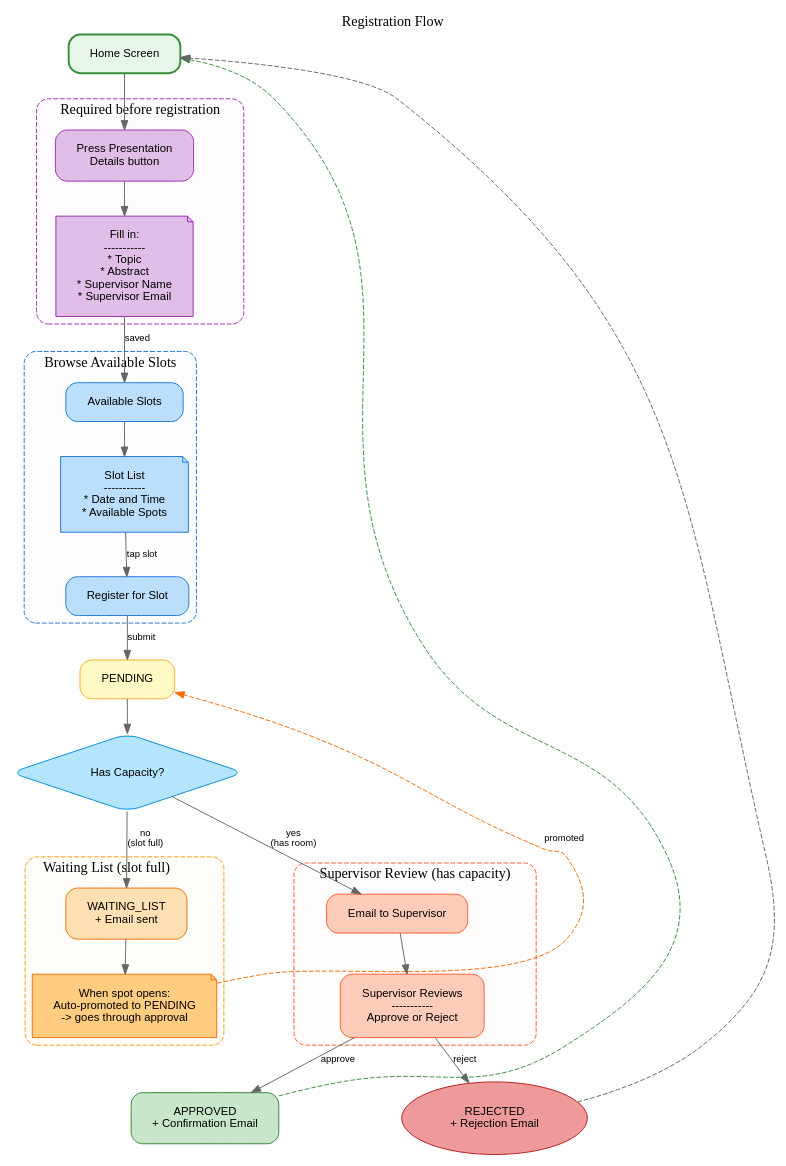
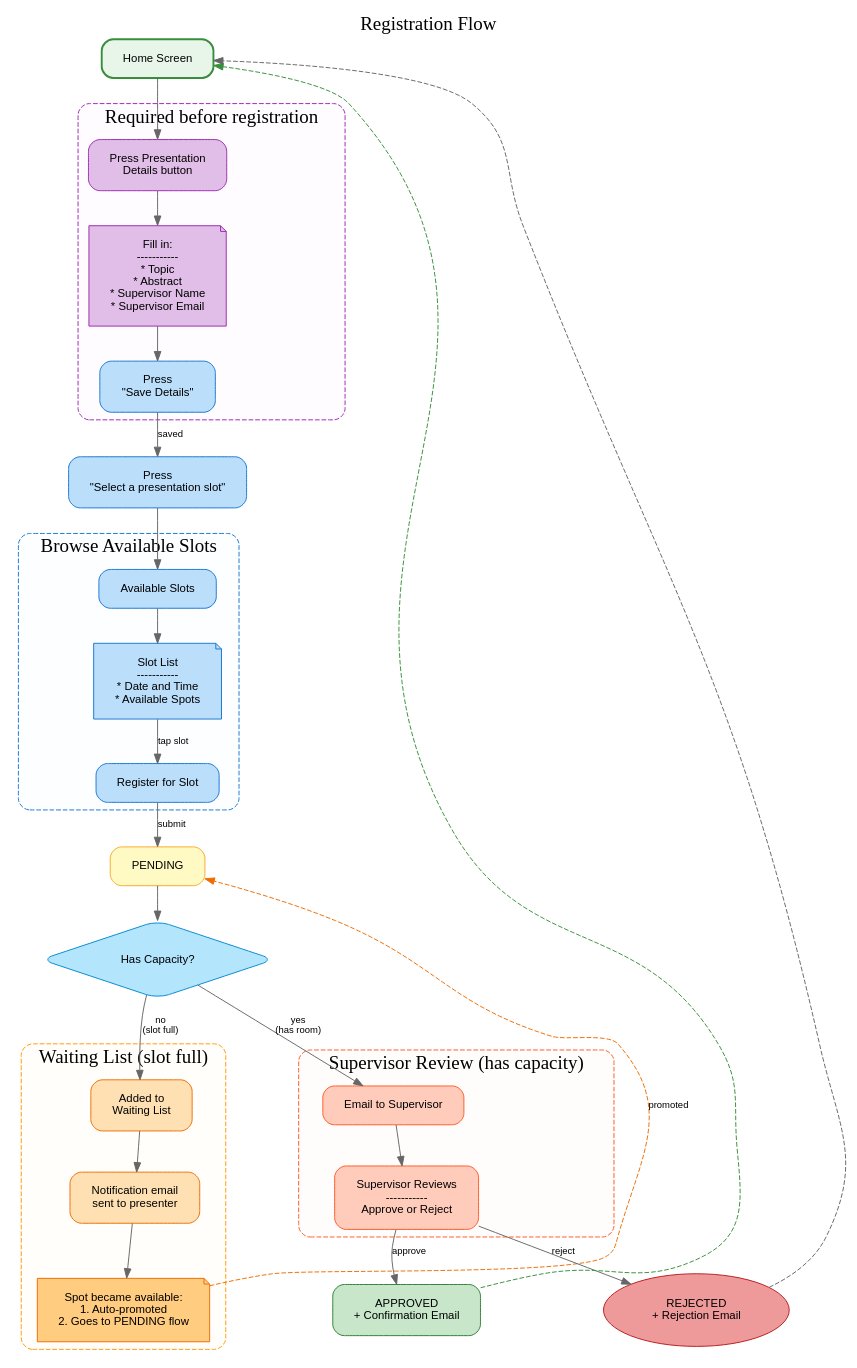
Before and after one commit to benariet/SemScan-Project: the diagram in diagrams/01-registration-flow.dot, drawn with Graphviz. The commit also changed 8 other files, not shown here.

First line of the commit message:
Update flow diagrams: add waiting list flow and renumber

```diff
--- a/diagrams/01-registration-flow.dot
+++ b/diagrams/01-registration-flow.dot
@@ -1,114 +1,122 @@
 digraph RegistrationFlow {
     label="Registration Flow";
     labelloc="t";
-    fontsize=15;
+    fontsize=20;
     fontname="Arial Bold";
 
     rankdir=TB;
     splines=true;
     nodesep=1.8;
 
     node [
         shape=box,
         style="rounded,filled",
         fontname="Arial",
         fontsize=12,
         margin="0.3,0.2"
     ];
 
     edge [
         fontname="Arial",
         fontsize=10,
         color="#666666"
     ];
 
     // Start
     Home [label="Home Screen", fillcolor="#e8f5e9", color="#388e3c", penwidth=2];
 
     // Presentation Details - Required before registration
     subgraph cluster_details {
         label="Required before registration";
         labeljust="l";
         style="rounded,dashed";
         color="#9c27b0";
         bgcolor="#f3e5f522";
 
         PresDetails [label="Press Presentation\nDetails button", fillcolor="#e1bee7", color="#9c27b0"];
         DetailsForm [label="Fill in:\n-----------\n* Topic\n* Abstract\n* Supervisor Name\n* Supervisor Email", fillcolor="#e1bee7", color="#9c27b0", shape=note];
+        SaveDetailsBtn [label="Press\n\"Save Details\"", fillcolor="#bbdefb", color="#1976d2"];
     }
+
+    // Select Slot Button (after saving details)
+    SelectSlotBtn [label="Press\n\"Select a presentation slot\"", fillcolor="#bbdefb", color="#1976d2"];
 
     // Browse Slots
     subgraph cluster_browse {
         label="Browse Available Slots";
         labeljust="l";
         style="rounded,dashed";
         color="#1976d2";
         bgcolor="#e3f2fd22";
 
         AvailableSlots [label="Available Slots", fillcolor="#bbdefb", color="#1976d2"];
         SlotList [label="Slot List\n-----------\n* Date and Time\n* Available Spots", fillcolor="#bbdefb", color="#1976d2", shape=note];
         RegisterBtn [label="Register for Slot", fillcolor="#bbdefb", color="#1976d2"];
     }
 
     // Registration
     Pending [label="PENDING", fillcolor="#fff9c4", color="#f9a825"];
 
     // Capacity Check
     CapacityCheck [label="Has Capacity?", fillcolor="#b3e5fc", color="#0288d1", shape=diamond];
 
     // Waiting List Path
     subgraph cluster_waitlist {
         label="Waiting List (slot full)";
         labeljust="l";
         style="rounded,dashed";
         color="#ff9800";
         bgcolor="#fff3e022";
 
-        Waitlist [label="WAITING_LIST\n+ Email sent", fillcolor="#ffe0b2", color="#ef6c00"];
-        WaitlistNote [label="When spot opens:\nAuto-promoted to PENDING\n-> goes through approval", fillcolor="#ffcc80", color="#ef6c00", shape=note];
+        Waitlist [label="Added to\nWaiting List", fillcolor="#ffe0b2", color="#ef6c00"];
+        WaitlistEmail [label="Notification email\nsent to presenter", fillcolor="#ffe0b2", color="#ef6c00"];
+        WaitlistNote [label="Spot became available:\n1. Auto-promoted\n2. Goes to PENDING flow", fillcolor="#ffcc80", color="#ef6c00", shape=note];
     }
 
     // Supervisor Review
     subgraph cluster_supervisor {
         label="Supervisor Review (has capacity)";
         labeljust="l";
         style="rounded,dashed";
         color="#ff5722";
         bgcolor="#fbe9e722";
 
         SupervisorEmail [label="Email to Supervisor", fillcolor="#ffccbc", color="#ff5722"];
         SupervisorDecision [label="Supervisor Reviews\n-----------\nApprove or Reject", fillcolor="#ffccbc", color="#ff5722"];
     }
 
     // Outcomes
     Approved [label="APPROVED\n+ Confirmation Email", fillcolor="#c8e6c9", color="#2e7d32"];
     Rejected [label="REJECTED\n+ Rejection Email", fillcolor="#ef9a9a", color="#b71c1c", shape=ellipse];
 
     // Connections - Presentation Details
     Home -> PresDetails;
     PresDetails -> DetailsForm;
-    DetailsForm -> AvailableSlots [label="saved"];
+    DetailsForm -> SaveDetailsBtn;
+    SaveDetailsBtn -> SelectSlotBtn [label="saved"];
+    SelectSlotBtn -> AvailableSlots;
 
     // Connections - Browse
     AvailableSlots -> SlotList;
     SlotList -> RegisterBtn [label="tap slot"];
     RegisterBtn -> Pending [label="submit"];
 
     // Connections - Capacity Check
     Pending -> CapacityCheck;
     CapacityCheck -> Waitlist [label="no\n(slot full)"];
     CapacityCheck -> SupervisorEmail [label="yes\n(has room)"];
 
     // Connections - Waitlist
-    Waitlist -> WaitlistNote;
+    Waitlist -> WaitlistEmail;
+    WaitlistEmail -> WaitlistNote;
     WaitlistNote -> Pending [label="promoted", style=dashed, color="#ef6c00", constraint=false];
 
     // Connections - Supervisor
     SupervisorEmail -> SupervisorDecision;
     SupervisorDecision -> Approved [label="approve"];
     SupervisorDecision -> Rejected [label="reject"];
 
     // Return paths
     Rejected -> Home [style=dashed, color="#666666", constraint=false];
     Approved -> Home [style=dashed, color="#388e3c", constraint=false];
 }
```
